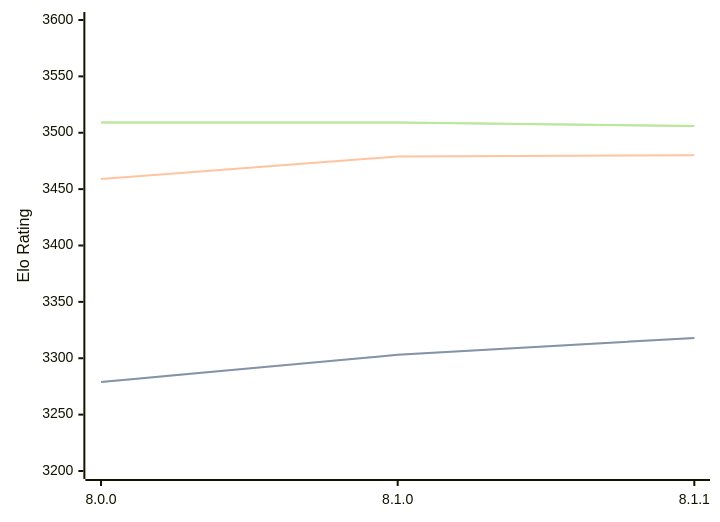
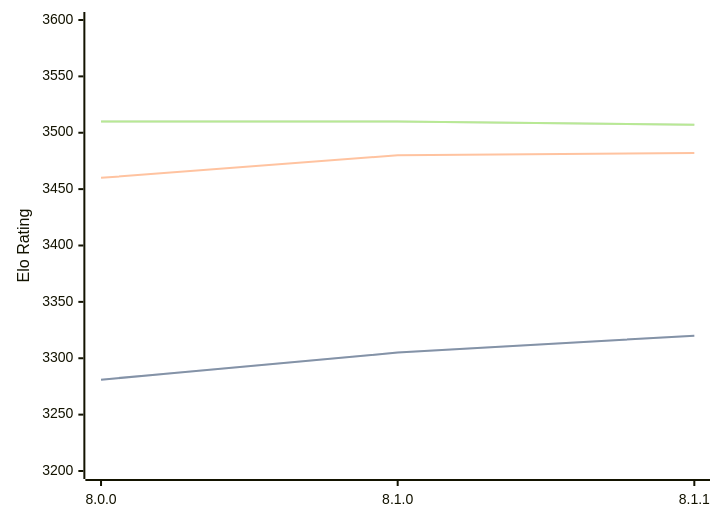
One commit to computer-chess-index/cci changed the diagram in engines/Velvet.md. Above: the diagram before and after it, drawn with Mermaid. The commit also changed other lines of this file, not shown here.

Commit message:
Update CCI Ratings (ELO VLTC) - 2026-02-21

````diff
--- a/engines/Velvet.md
+++ b/engines/Velvet.md
@@ -54,11 +54,11 @@
 ```mermaid
 %%{init: {"theme":"base","themeVariables":{"seriesColors:['#a3a3a3','#222221','#faa371']}}}%%
 xychart-beta
   x-axis ["8.0.0", "8.1.0", "8.1.1"]
   y-axis "Elo Rating" 3200 --> 3600
-  line "STC (8.0+0.08s)" [3279, 3303, 3318]
-  line "STC (8.0+0.08s)" [3279, 3303, 3318]
-  line "LTC (60.0+0.60s)" [3459, 3479, 3480]
-  line "VLTC (2m24s+1.12s)" [3509, 3509, 3506]
-  line "VLTC (2m24s+1.12s)" [3509, 3509, 3506]
+  line "STC (8.0+0.08s)" [3281, 3305, 3320]
+  line "STC (8.0+0.08s)" [3281, 3305, 3320]
+  line "LTC (60.0+0.60s)" [3460, 3480, 3482]
+  line "VLTC (2m24s+1.12s)" [3510, 3510, 3507]
+  line "VLTC (2m24s+1.12s)" [3510, 3510, 3507]
 ```
````
